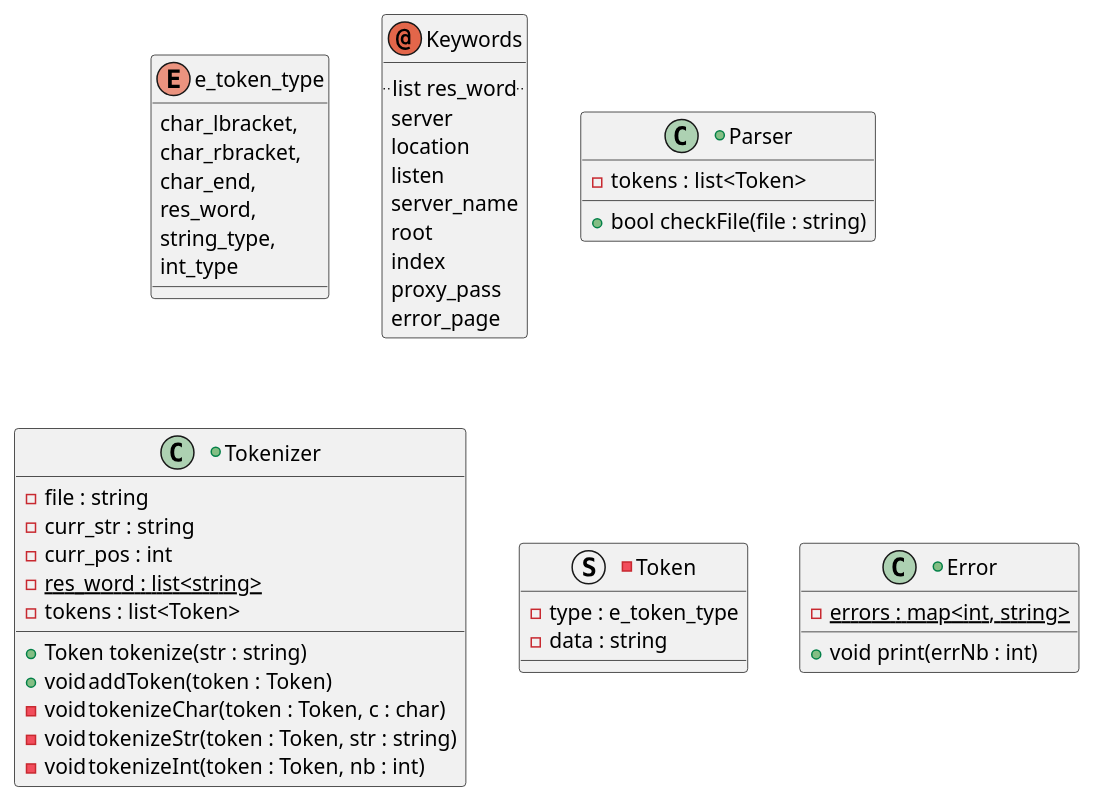
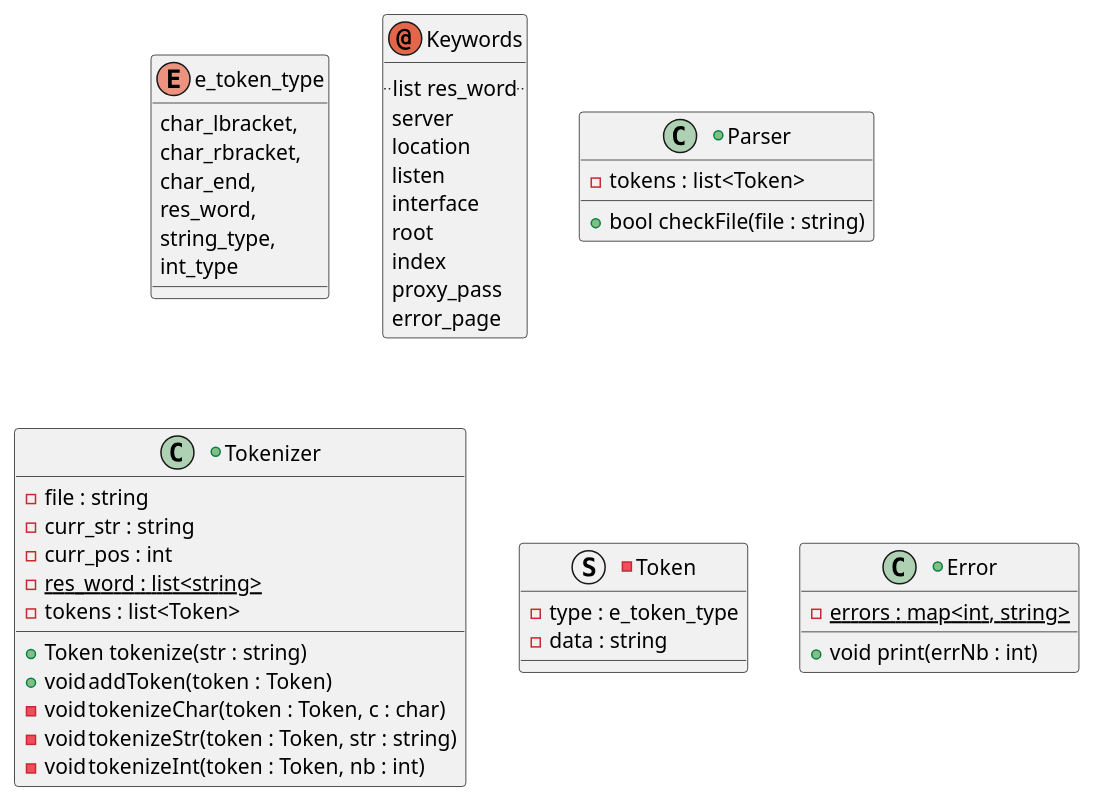
Before and after one commit to alpayet/WebServ: the diagram in diagrams/parsing.puml, drawn with PlantUML. The commit also changed 11 other files, not shown here.

```diff
--- a/diagrams/parsing.puml
+++ b/diagrams/parsing.puml
@@ -1,56 +1,56 @@
 @startuml parsingDiag
 enum e_token_type
 {
 	char_lbracket,
 	char_rbracket,
 	char_end,
 	res_word,
 	string_type,
 	int_type
 }
 
 annotation Keywords
 {
 	..list res_word..
 	server
 	location
 	listen
-	server_name
+	interface
 	root
 	index
 	proxy_pass
 	error_page
 }
 
 +class Parser
 {
 	- tokens : list<Token>
 	+ bool checkFile(file : string)
 }
 
 +class Tokenizer
 {
 	- file : string
 	- curr_str : string
 	- curr_pos : int
 	- {static} res_word : list<string>
 	- tokens : list<Token>
 	+ Token tokenize(str : string)
 	+ void	addToken(token : Token)
 	- void	tokenizeChar(token : Token, c : char)
 	- void	tokenizeStr(token : Token, str : string)
 	- void	tokenizeInt(token : Token, nb : int)
 }
 
 -struct Token
 {
 	- type : e_token_type
 	- data : string
 }
 
 +class Error
 {
 	- {static} errors : map<int, string>
 	+ void print(errNb : int)
 }
 @enduml
```
